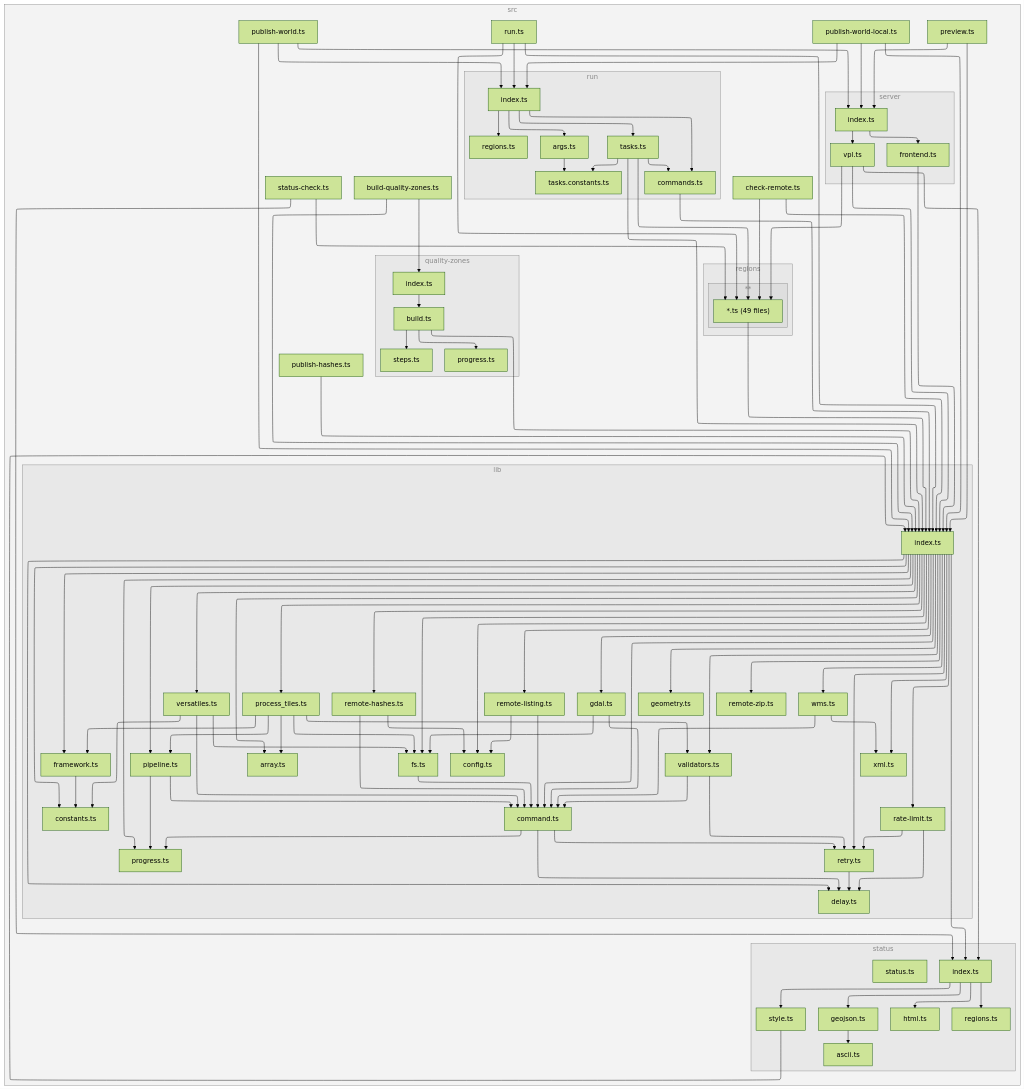
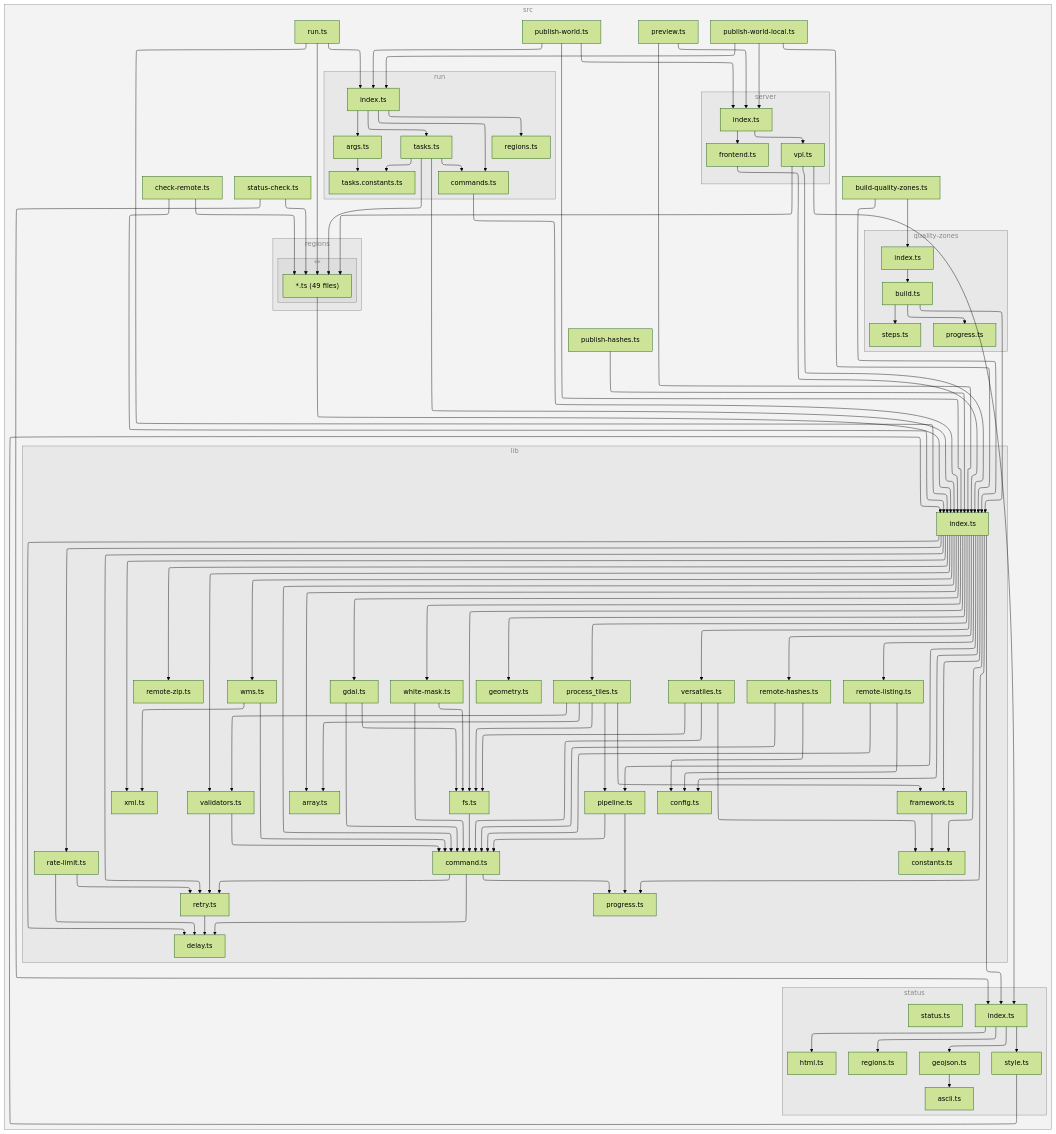
One commit to versatiles-org/orthophotos changed the diagram in README.md. Above: the diagram before and after it, drawn with Mermaid (forest theme).

Commit message:
docs: regenerate the dependency graph

````diff
--- a/README.md
+++ b/README.md
@@ -125,8 +125,9 @@
 R["remote-listing.ts"]
 S["remote-zip.ts"]
 T["versatiles.ts"]
-U["wms.ts"]
-V["xml.ts"]
+U["white-mask.ts"]
+V["wms.ts"]
+W["xml.ts"]
 end
 subgraph 4["status"]
 5["index.ts"]
@@ -135,42 +136,42 @@
 8["html.ts"]
 9["regions.ts"]
 A["style.ts"]
-1M["status.ts"]
+1N["status.ts"]
 end
-subgraph W["quality-zones"]
-X["index.ts"]
-Y["build.ts"]
-Z["progress.ts"]
-10["steps.ts"]
+subgraph X["quality-zones"]
+Y["index.ts"]
+Z["build.ts"]
+10["progress.ts"]
+11["steps.ts"]
 end
-11["check-remote.ts"]
-subgraph 12["regions"]
-subgraph 13["**"]
-14["*.ts (49 files)"]
+12["check-remote.ts"]
+subgraph 13["regions"]
+subgraph 14["**"]
+15["*.ts (49 files)"]
 end
 end
-15["preview.ts"]
-subgraph 16["server"]
-17["index.ts"]
-18["frontend.ts"]
-19["vpl.ts"]
+16["preview.ts"]
+subgraph 17["server"]
+18["index.ts"]
+19["frontend.ts"]
+1A["vpl.ts"]
 end
-1A["publish-hashes.ts"]
-1B["publish-world-local.ts"]
-subgraph 1C["run"]
-1D["index.ts"]
-1E["args.ts"]
-1F["tasks.constants.ts"]
-1G["commands.ts"]
-1H["regions.ts"]
-1I["tasks.ts"]
+1B["publish-hashes.ts"]
+1C["publish-world-local.ts"]
+subgraph 1D["run"]
+1E["index.ts"]
+1F["args.ts"]
+1G["tasks.constants.ts"]
+1H["commands.ts"]
+1I["regions.ts"]
+1J["tasks.ts"]
 end
-1J["publish-world.ts"]
-1K["run.ts"]
-1L["status-check.ts"]
+1K["publish-world.ts"]
+1L["run.ts"]
+1M["status-check.ts"]
 end
 1-->3
-1-->X
+1-->Y
 3-->5
 3-->B
 3-->C
@@ -193,6 +194,7 @@
 3-->T
 3-->U
 3-->V
+3-->W
 5-->6
 5-->8
 5-->9
@@ -226,45 +228,47 @@
 T-->H
 T-->J
 U-->C
-U-->V
-X-->Y
-Y-->3
+U-->J
+V-->C
+V-->W
 Y-->Z
-Y-->10
-11-->3
-11-->14
-14-->3
+Z-->3
+Z-->10
+Z-->11
+12-->3
+12-->15
 15-->3
-15-->17
-17-->18
-17-->19
-18-->3
+16-->3
+16-->18
+18-->19
+18-->1A
 19-->3
-19-->14
-19-->5
 1A-->3
+1A-->15
+1A-->5
 1B-->3
-1B-->1D
-1B-->17
-1D-->1E
-1D-->1G
-1D-->1H
-1D-->1I
+1C-->3
+1C-->1E
+1C-->18
 1E-->1F
-1G-->3
-1I-->3
-1I-->14
-1I-->1G
-1I-->1F
+1E-->1H
+1E-->1I
+1E-->1J
+1F-->1G
+1H-->3
 1J-->3
-1J-->1D
-1J-->17
+1J-->15
+1J-->1H
+1J-->1G
 1K-->3
-1K-->14
-1K-->1D
-1L-->14
-1L-->5
+1K-->1E
+1K-->18
+1L-->3
+1L-->15
+1L-->1E
+1M-->15
+1M-->5
 
-class 0,2,4,W,12,13,16,1C subgraphs;
+class 0,2,4,X,13,14,17,1D subgraphs;
 classDef subgraphs fill-opacity:0.1, fill:#888, color:#888, stroke:#888;
 ```
````
